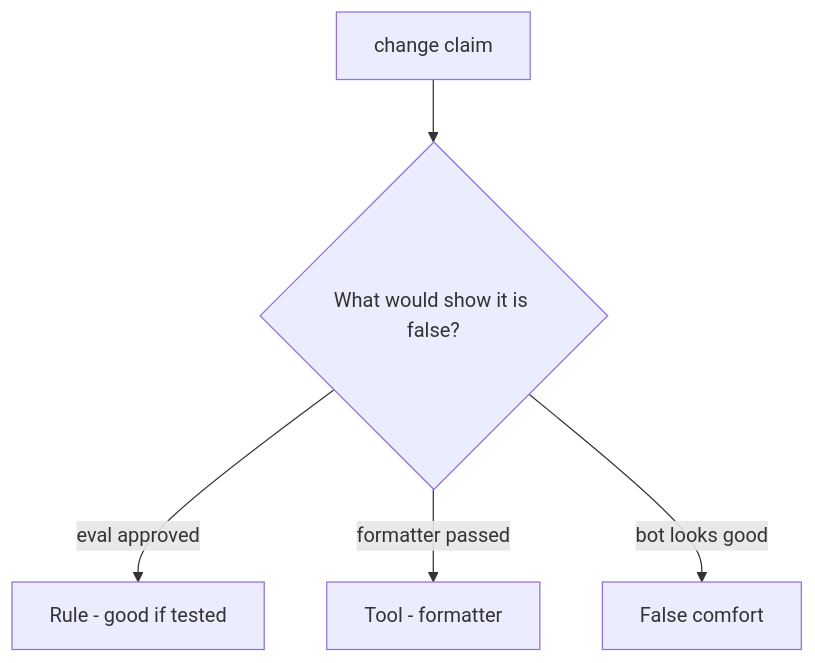
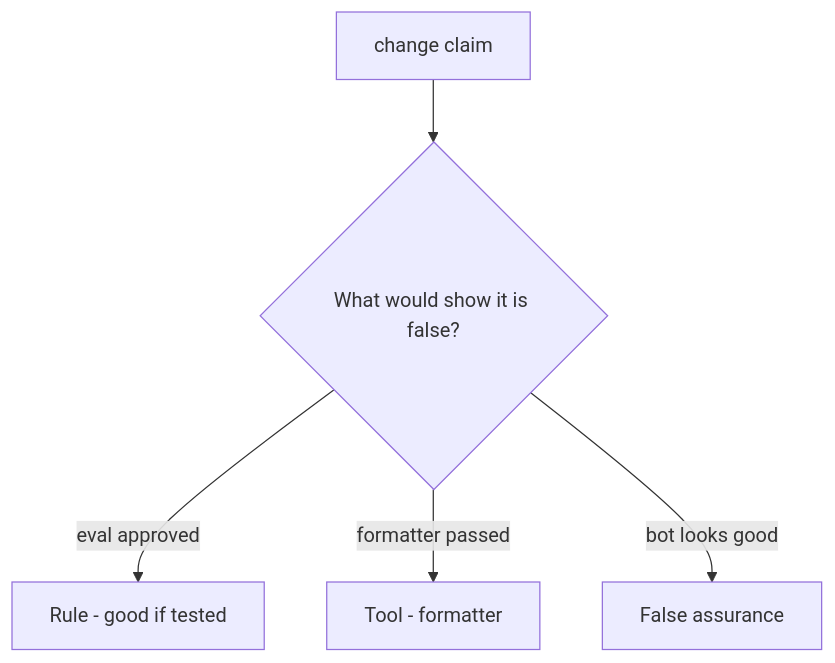
One commit to ishitvagoel/LearnSecurity changed the diagram in content/modules/9/9.2/lessons/08-review.md. Above: the diagram before and after it, drawn with Mermaid. The commit also changed other lines of this file and 240 other files, not shown here.

````diff
--- a/content/modules/9/9.2/lessons/08-review.md
+++ b/content/modules/9/9.2/lessons/08-review.md
@@ -18,7 +18,7 @@
 ```mermaid
 flowchart TD
   Claim[change claim] --> Q{"What would show it is false?"}
   Q -->|eval approved| Property["Rule - good if tested"]
   Q -->|formatter passed| Mechanism[Tool - formatter]
-  Q -->|bot looks good| False[False comfort]
+  Q -->|bot looks good| False[False assurance]
 ```
````
